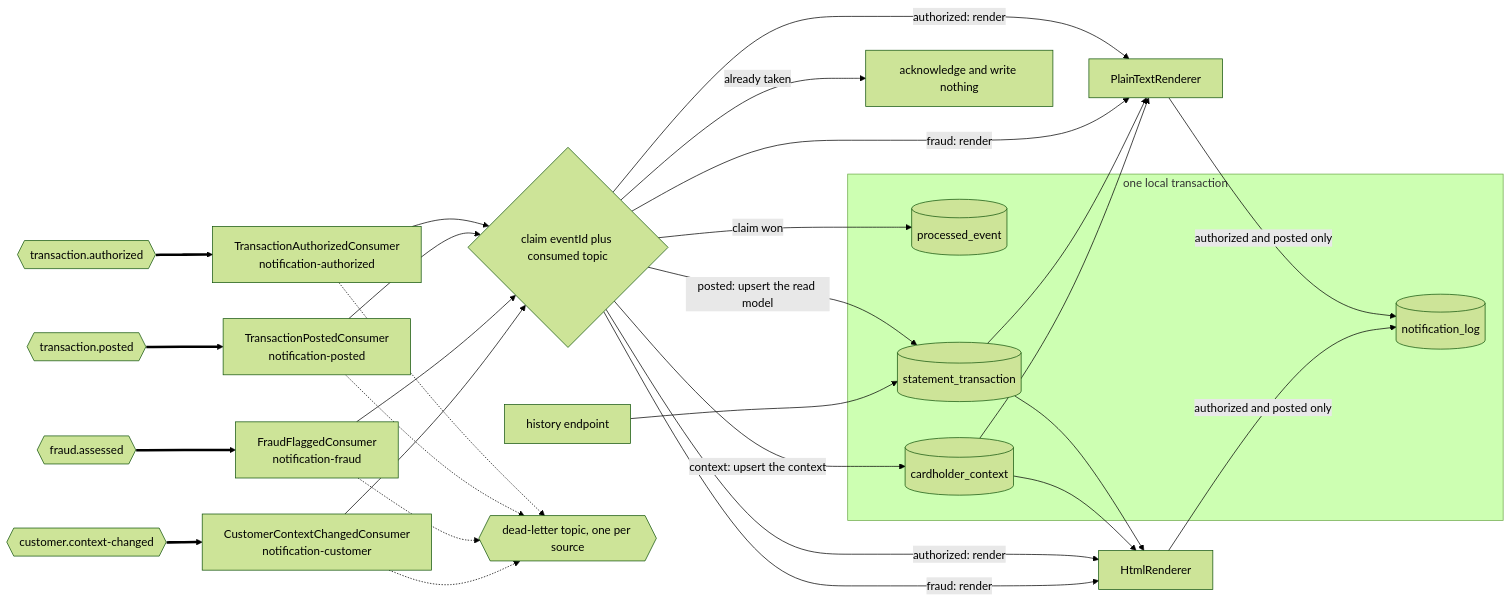
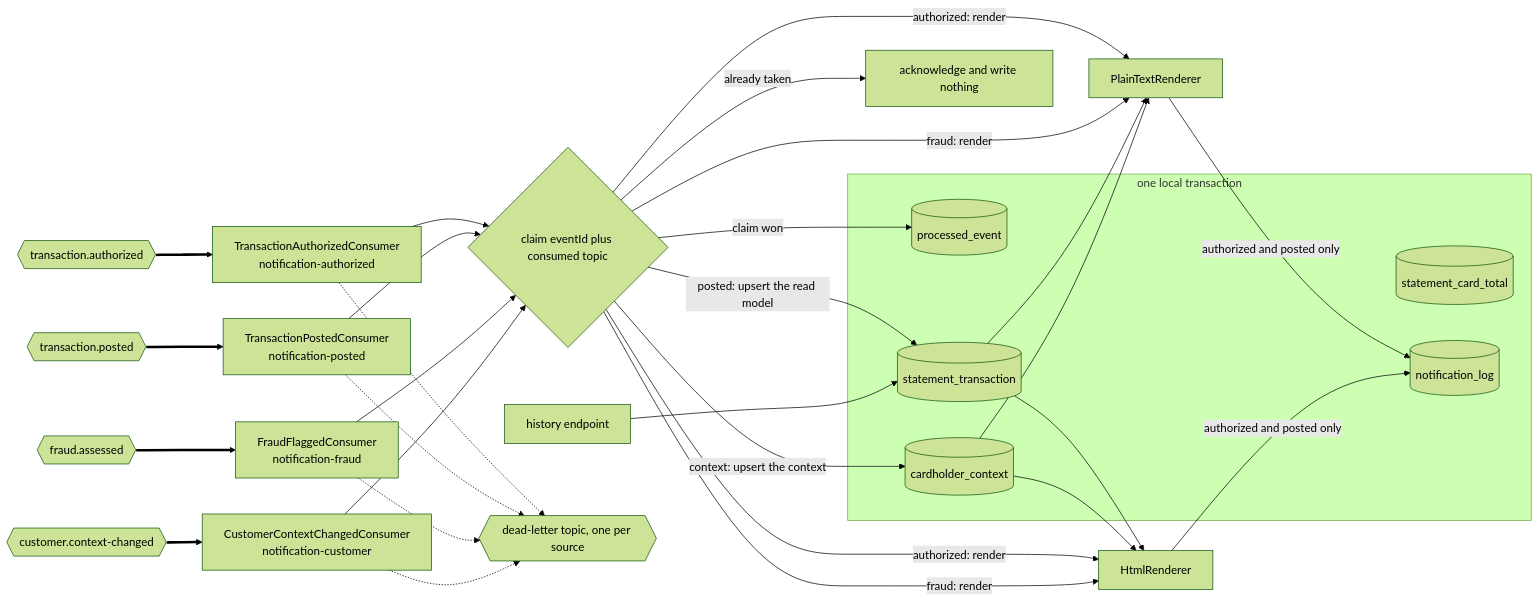
The diagram in card-platform/services/notification-service/README.md (blitzy-public-samples/aws-carddemo-blitzy), drawn with Mermaid (forest theme) before and after one commit. The commit also changed other lines of this file and 126 other files, not shown here.

````diff
--- a/card-platform/services/notification-service/README.md
+++ b/card-platform/services/notification-service/README.md
@@ -105,51 +105,52 @@
 ```mermaid
 graph LR
     TA{{"transaction.authorized"}}
     TP{{"transaction.posted"}}
     FA{{"fraud.assessed"}}
     CC{{"customer.context-changed"}}
     AC["TransactionAuthorizedConsumer<br/>notification-authorized"]
     PC["TransactionPostedConsumer<br/>notification-posted"]
     FC["FraudFlaggedConsumer<br/>notification-fraud"]
     XC["CustomerContextChangedConsumer<br/>notification-customer"]
     CLAIM{"claim eventId plus consumed topic"}
     SKIP["acknowledge and write nothing"]
     subgraph TX["one local transaction"]
         MARK[("processed_event")]
         ST[("statement_transaction")]
+        SCT[("statement_card_total")]
         CX[("cardholder_context")]
         LOG[("notification_log")]
     end
     TEXT["PlainTextRenderer"]
     HTML["HtmlRenderer"]
     API["history endpoint"]
     DLT{{"dead-letter topic, one per source"}}
 
     TA ==> AC
     TP ==> PC
     FA ==> FC
     CC ==> XC
     AC --> CLAIM
     PC --> CLAIM
     FC --> CLAIM
     XC --> CLAIM
     CLAIM -->|"already taken"| SKIP
     CLAIM -->|"claim won"| MARK
     CLAIM -->|"posted: upsert the read model"| ST
     CLAIM -->|"context: upsert the context"| CX
     CLAIM -->|"authorized: render"| TEXT
     CLAIM -->|"fraud: render"| TEXT
     CLAIM -->|"authorized: render"| HTML
     CLAIM -->|"fraud: render"| HTML
     ST --> TEXT
     CX --> TEXT
     ST --> HTML
     CX --> HTML
     TEXT -->|"authorized and posted only"| LOG
     HTML -->|"authorized and posted only"| LOG
     API --> ST
     AC -.-> DLT
     PC -.-> DLT
     FC -.-> DLT
     XC -.-> DLT
 ```
````
